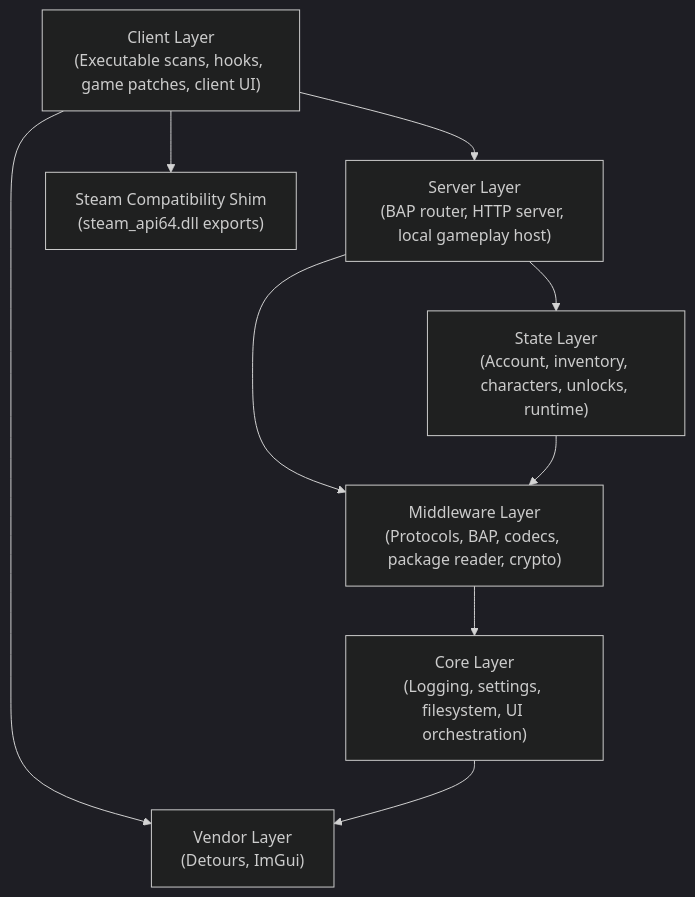
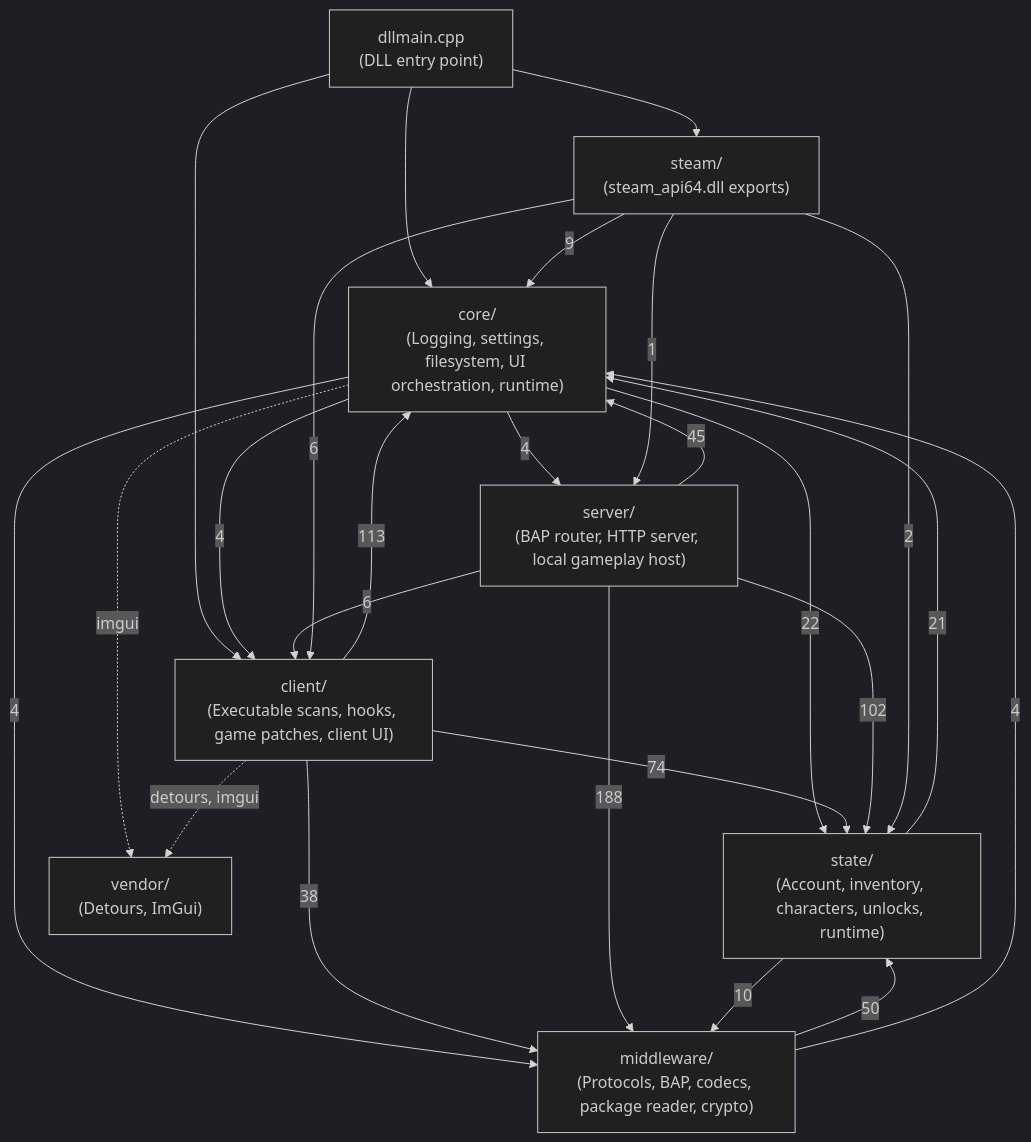
Before and after one commit to stanuwu/Sunrise: the diagram in docs/project-structure.md, drawn with Mermaid (dark theme). The commit also changed other lines of this file and 2 other files, not shown here.

````diff
--- a/docs/project-structure.md
+++ b/docs/project-structure.md
@@ -9,19 +14,43 @@
 ```mermaid
 graph TD
-    Client["Client Layer<br/>(Executable scans, hooks, game patches, client UI)"]
-    Server["Server Layer<br/>(BAP router, HTTP server, local gameplay host)"]
-    State["State Layer<br/>(Account, inventory, characters, unlocks, runtime)"]
-    Middleware["Middleware Layer<br/>(Protocols, BAP, codecs, package reader, crypto)"]
-    Core["Core Layer<br/>(Logging, settings, filesystem, UI orchestration)"]
-    Steam["Steam Compatibility Shim<br/>(steam_api64.dll exports)"]
-    Vendor["Vendor Layer<br/>(Detours, ImGui)"]
+    Main["dllmain.cpp<br/>(DLL entry point)"]
+    Client["client/<br/>(Executable scans, hooks, game patches, client UI)"]
+    Server["server/<br/>(BAP router, HTTP server, local gameplay host)"]
+    State["state/<br/>(Account, inventory, characters, unlocks, runtime)"]
+    Middleware["middleware/<br/>(Protocols, BAP, codecs, package reader, crypto)"]
+    Core["core/<br/>(Logging, settings, filesystem, UI orchestration, runtime)"]
+    Steam["steam/<br/>(steam_api64.dll exports)"]
+    Vendor["vendor/<br/>(Detours, ImGui)"]
 
-    Client --> Server
-    Client --> Steam
-    Client --> Vendor
-    Server --> State
-    Server --> Middleware
-    State --> Middleware
-    Middleware --> Core
-    Core --> Vendor
+    Main --> Core
+    Main --> Client
+    Main --> Steam
+
+    Core -->|22| State
+    Core -->|4| Middleware
+    Core -->|4| Server
+    Core -->|4| Client
+
+    Client -->|113| Core
+    Client -->|74| State
+    Client -->|38| Middleware
+
+    Server -->|188| Middleware
+    Server -->|102| State
+    Server -->|45| Core
+    Server -->|6| Client
+
+    State -->|21| Core
+    State -->|10| Middleware
+
+    Middleware -->|50| State
+    Middleware -->|4| Core
+
+    Steam -->|9| Core
+    Steam -->|6| Client
+    Steam -->|2| State
+    Steam -->|1| Server
+
+    Core -. imgui .-> Vendor
+    Client -. detours, imgui .-> Vendor
 ```
````
